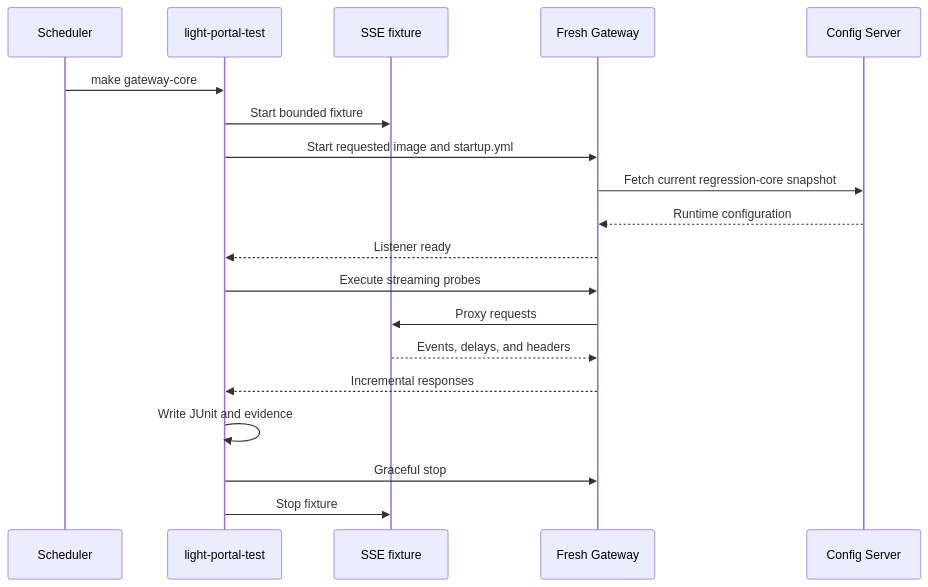
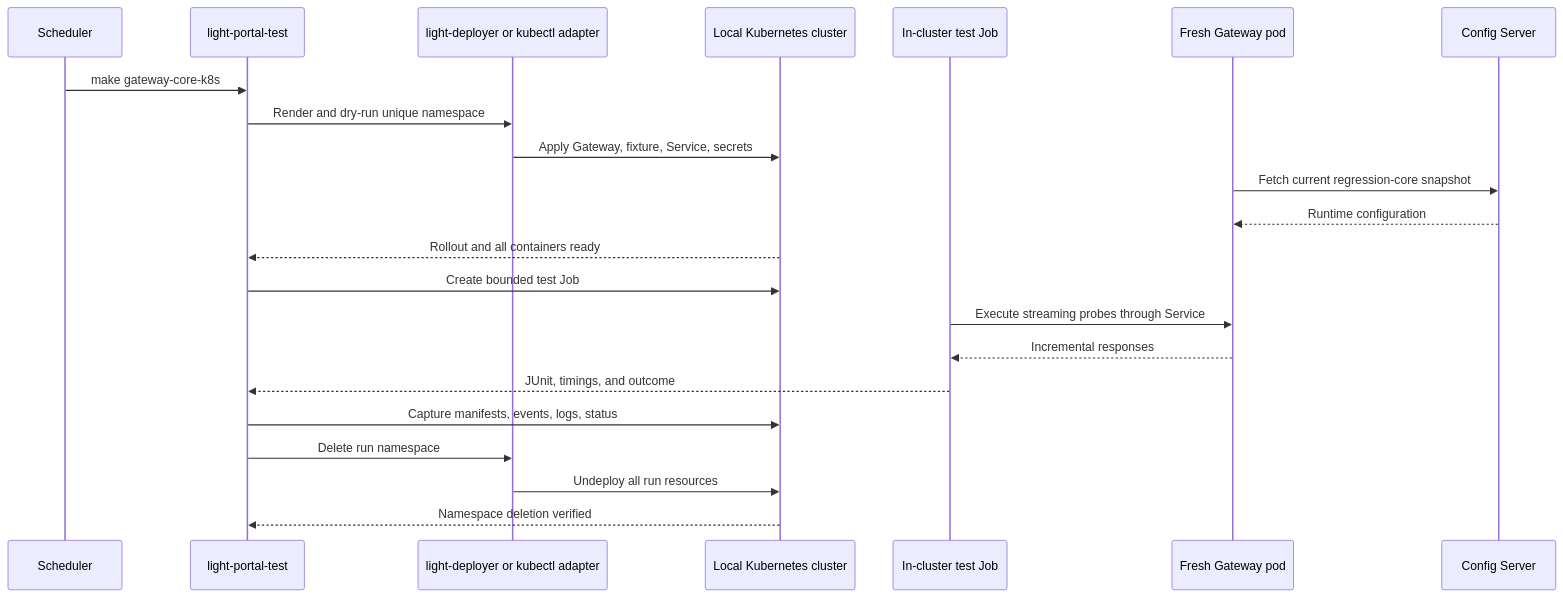
Before and after one commit to lightapi/light-portal-doc: the third of 3 diagrams in src/design/light-portal/portal-managed-gateway-regression.md, drawn with Mermaid. The commit also changed other lines of this file and 3 other files, not shown here.

Commit message:
upgrade mermaid

````diff
--- a/src/design/light-portal/portal-managed-gateway-regression.md
+++ b/src/design/light-portal/portal-managed-gateway-regression.md
@@ -473,22 +586,25 @@
 ```mermaid
 sequenceDiagram
     participant Scheduler
     participant Harness as light-portal-test
-    participant Fixture as SSE fixture
-    participant Gateway as Fresh Gateway
+    participant Deployer as light-deployer or kubectl adapter
+    participant Cluster as Local Kubernetes cluster
+    participant Job as In-cluster test Job
+    participant Gateway as Fresh Gateway pod
     participant Config as Config Server
 
-    Scheduler->>Harness: make gateway-core
-    Harness->>Fixture: Start bounded fixture
-    Harness->>Gateway: Start requested image and startup.yml
+    Scheduler->>Harness: make gateway-core-k8s
+    Harness->>Deployer: Render and dry-run unique namespace
+    Deployer->>Cluster: Apply Gateway, fixture, Service, secrets
     Gateway->>Config: Fetch current regression-core snapshot
     Config-->>Gateway: Runtime configuration
-    Gateway-->>Harness: Listener ready
-    Harness->>Gateway: Execute streaming probes
-    Gateway->>Fixture: Proxy requests
-    Fixture-->>Gateway: Events, delays, and headers
-    Gateway-->>Harness: Incremental responses
-    Harness->>Harness: Write JUnit and evidence
-    Harness->>Gateway: Graceful stop
-    Harness->>Fixture: Stop fixture
+    Cluster-->>Harness: Rollout and all containers ready
+    Harness->>Cluster: Create bounded test Job
+    Job->>Gateway: Execute streaming probes through Service
+    Gateway-->>Job: Incremental responses
+    Job-->>Harness: JUnit, timings, and outcome
+    Harness->>Cluster: Capture manifests, events, logs, status
+    Harness->>Deployer: Delete run namespace
+    Deployer->>Cluster: Undeploy all run resources
+    Cluster-->>Harness: Namespace deletion verified
 ```
````
